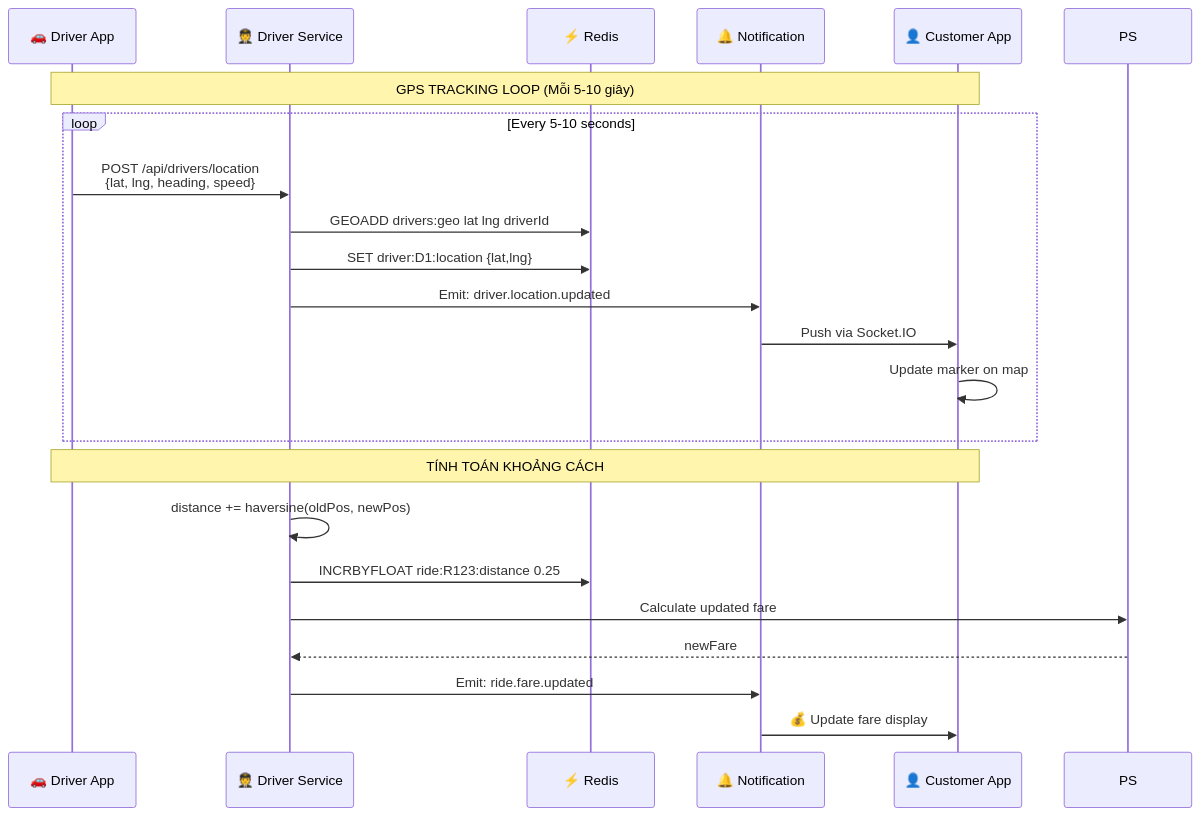
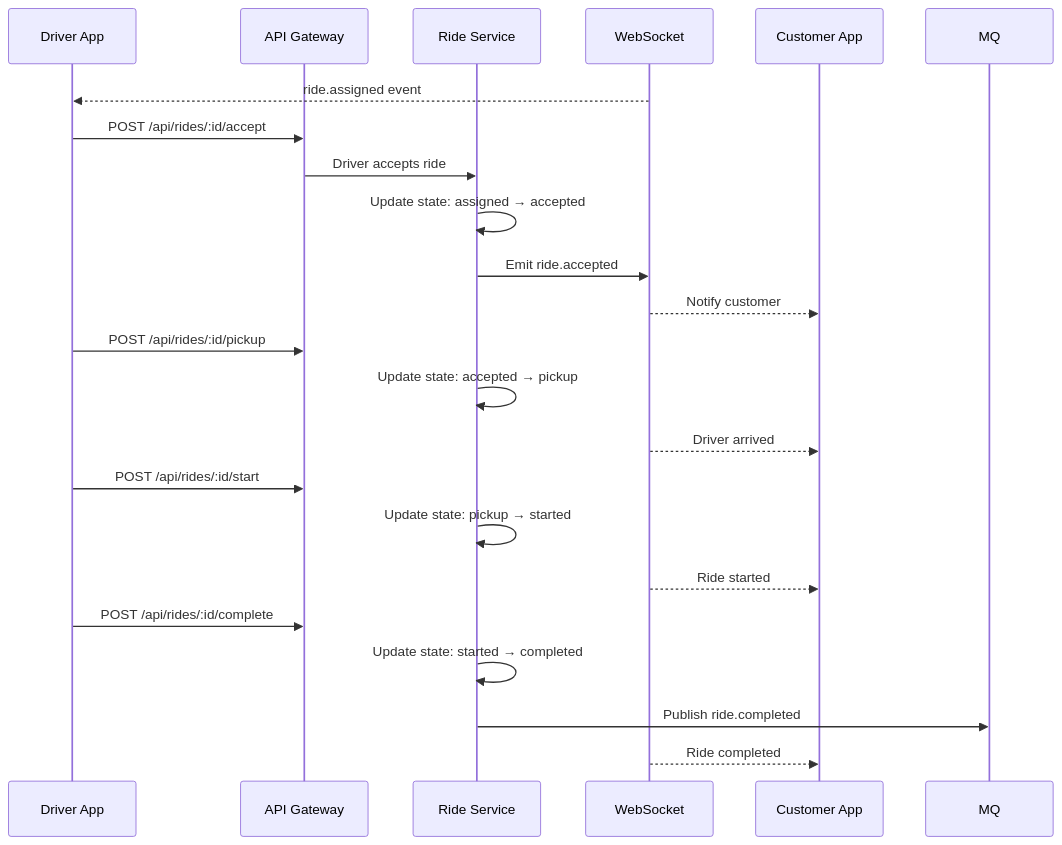
One commit to foxxiee04/Cab-Booking-System-Project changed the third of 4 diagrams in README.md. Above: the diagram before and after it, drawn with Mermaid. The commit also changed other lines of this file and 392 other files, not shown here.

````diff
--- a/README.md
+++ b/README.md
@@ -834,28 +664,28 @@
 ```mermaid
 sequenceDiagram
-    participant D as 🚗 Driver App
-    participant DS as 🧑‍✈️ Driver Service
-    participant RD as ⚡ Redis
-    participant NS as 🔔 Notification
-    participant C as 👤 Customer App
+    participant D as Driver App
+    participant GW as API Gateway
+    participant R as Ride Service
+    participant WS as WebSocket
+    participant C as Customer App
 
-    Note over D,C: GPS TRACKING LOOP (Mỗi 5-10 giây)
+    WS-->>D: ride.assigned event
+    D->>GW: POST /api/rides/:id/accept
+    GW->>R: Driver accepts ride
+    R->>R: Update state: assigned → accepted
+    R->>WS: Emit ride.accepted
+    WS-->>C: Notify customer
 
-    loop Every 5-10 seconds
-        D->>DS: POST /api/drivers/location<br/>{lat, lng, heading, speed}
-        DS->>RD: GEOADD drivers:geo lat lng driverId
-        DS->>RD: SET driver:D1:location {lat,lng}
-        DS->>NS: Emit: driver.location.updated
-        NS->>C: Push via Socket.IO
-        C->>C: Update marker on map
-    end
+    D->>GW: POST /api/rides/:id/pickup
+    R->>R: Update state: accepted → pickup
+    WS-->>C: Driver arrived
 
-    Note over D,C: TÍNH TOÁN KHOẢNG CÁCH
+    D->>GW: POST /api/rides/:id/start
+    R->>R: Update state: pickup → started  
+    WS-->>C: Ride started
 
-    DS->>DS: distance += haversine(oldPos, newPos)
-    DS->>RD: INCRBYFLOAT ride:R123:distance 0.25
-    DS->>PS: Calculate updated fare
-    PS-->>DS: newFare
-    DS->>NS: Emit: ride.fare.updated
-    NS->>C: 💰 Update fare display
+    D->>GW: POST /api/rides/:id/complete
+    R->>R: Update state: started → completed
+    R->>MQ: Publish ride.completed
+    WS-->>C: Ride completed
 ```
````
